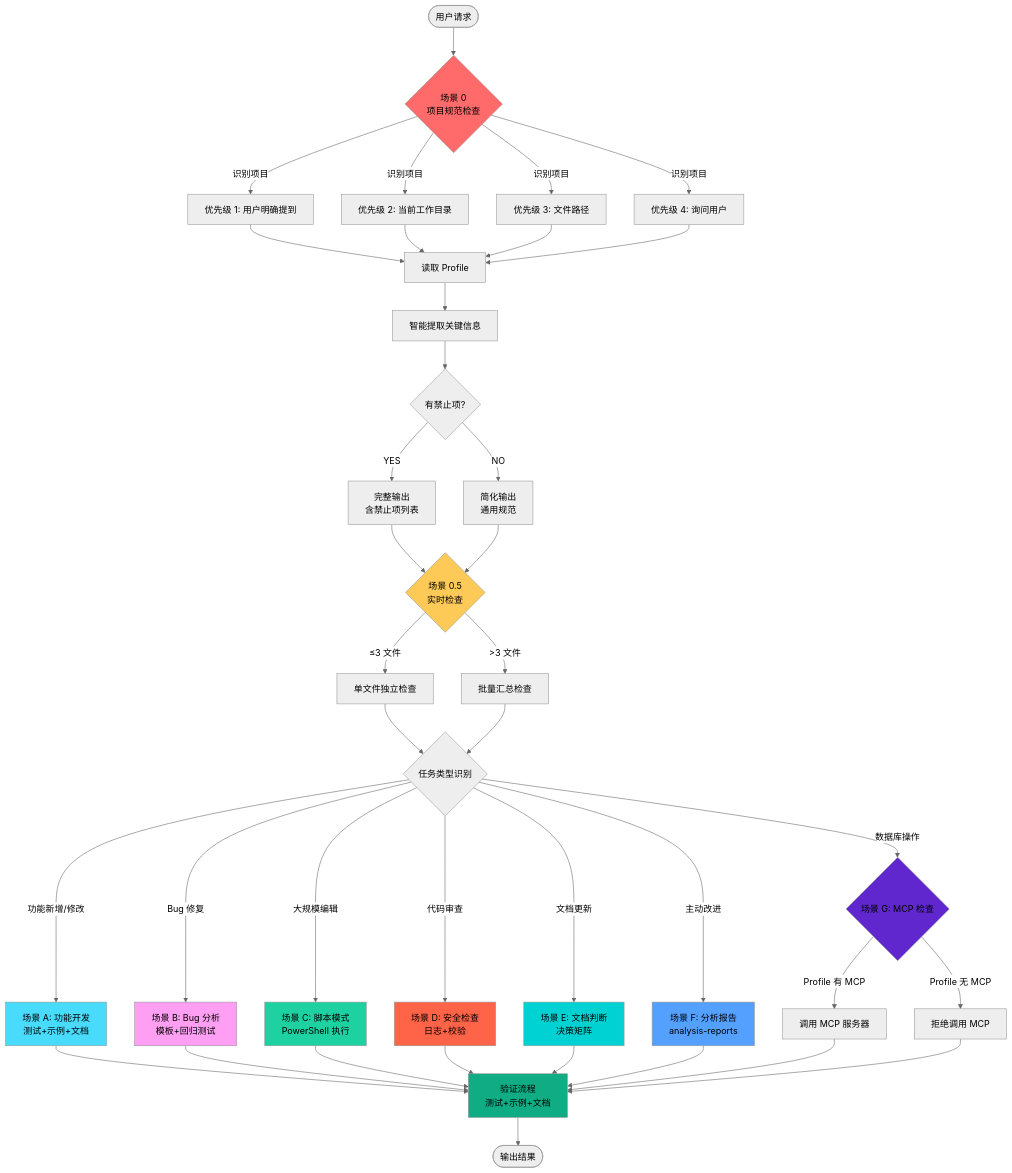
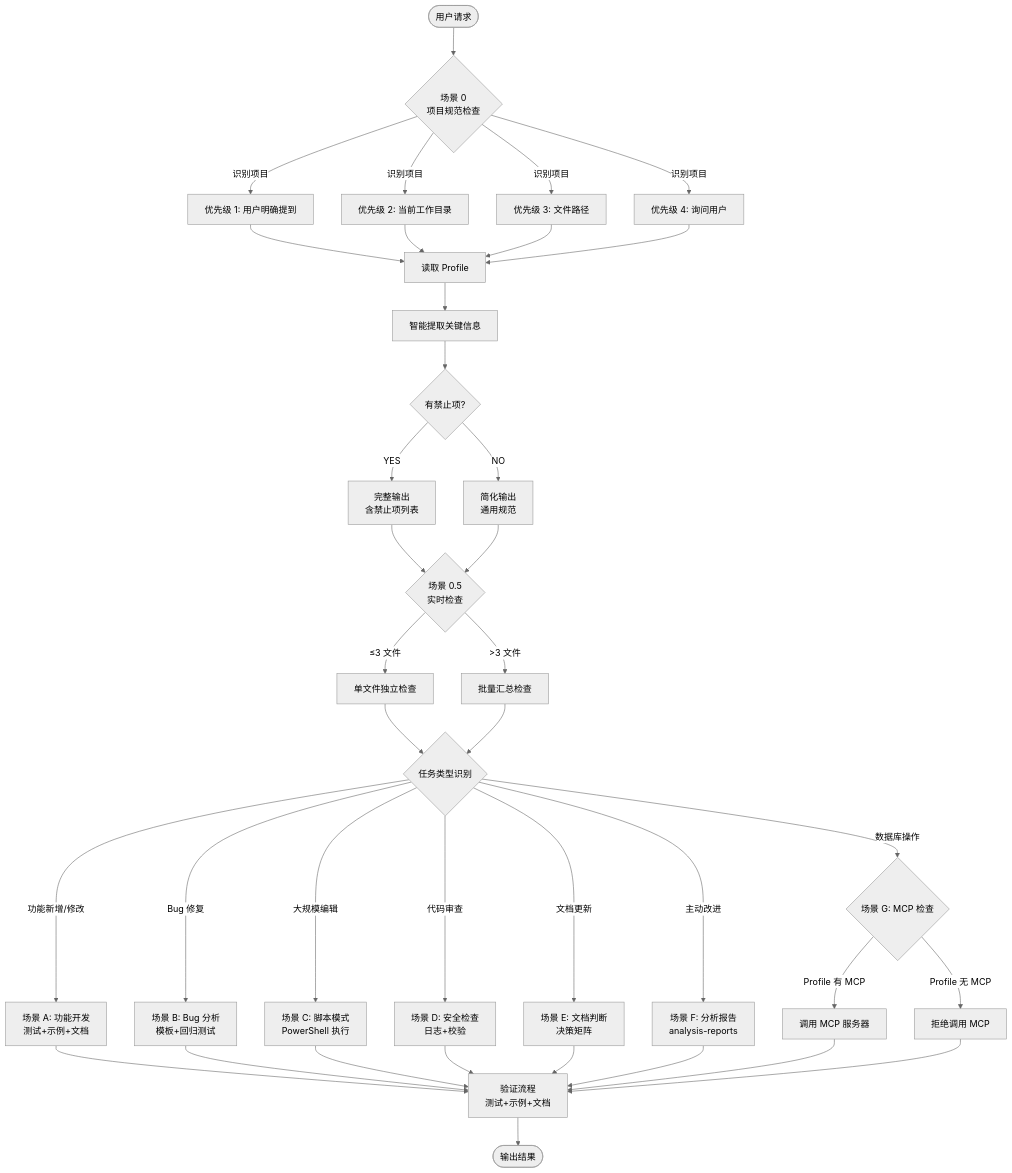
One commit to rockyshi1993/guidelines changed the first of 6 diagrams in assistant/copilot.md. Above: the diagram before and after it, drawn with Mermaid (neutral theme). The commit also changed other lines of this file, not shown here.

````diff
--- a/assistant/copilot.md
+++ b/assistant/copilot.md
@@ -79,51 +215,40 @@
 ```mermaid
 flowchart TD
     Start([用户请求]) --> Scene0{场景 0<br/>项目规范检查}
     
     Scene0 -->|识别项目| P1[优先级 1: 用户明确提到]
     Scene0 -->|识别项目| P2[优先级 2: 当前工作目录]
     Scene0 -->|识别项目| P3[优先级 3: 文件路径]
     Scene0 -->|识别项目| P4[优先级 4: 询问用户]
     
     P1 & P2 & P3 & P4 --> ReadProfile[读取 Profile]
     
     ReadProfile --> Extract[智能提取关键信息]
     Extract --> Check{有禁止项?}
     
     Check -->|YES| FullOutput[完整输出<br/>含禁止项列表]
     Check -->|NO| SimpleOutput[简化输出<br/>通用规范]
     
     FullOutput & SimpleOutput --> Scene05{场景 0.5<br/>实时检查}
     
     Scene05 -->|≤3 文件| SingleCheck[单文件独立检查]
     Scene05 -->|>3 文件| BatchCheck[批量汇总检查]
     
     SingleCheck & BatchCheck --> TaskType{任务类型识别}
     
     TaskType -->|功能新增/修改| SceneA[场景 A: 功能开发<br/>测试+示例+文档]
     TaskType -->|Bug 修复| SceneB[场景 B: Bug 分析<br/>模板+回归测试]
     TaskType -->|大规模编辑| SceneC[场景 C: 脚本模式<br/>PowerShell 执行]
     TaskType -->|代码审查| SceneD[场景 D: 安全检查<br/>日志+校验]
     TaskType -->|文档更新| SceneE[场景 E: 文档判断<br/>决策矩阵]
     TaskType -->|主动改进| SceneF[场景 F: 分析报告<br/>analysis-reports]
     TaskType -->|数据库操作| SceneG{场景 G: MCP 检查}
     
     SceneG -->|Profile 有 MCP| MCPCall[调用 MCP 服务器]
     SceneG -->|Profile 无 MCP| MCPReject[拒绝调用 MCP]
     
     SceneA & SceneB & SceneC & SceneD & SceneE & SceneF --> Verify[验证流程<br/>测试+示例+文档]
     MCPCall & MCPReject --> Verify
     
     Verify --> Output([输出结果])
-    
-    style Scene0 fill:#ff6b6b
-    style Scene05 fill:#feca57
-    style SceneA fill:#48dbfb
-    style SceneB fill:#ff9ff3
-    style SceneC fill:#1dd1a1
-    style SceneD fill:#ff6348
-    style SceneE fill:#00d2d3
-    style SceneF fill:#54a0ff
-    style SceneG fill:#5f27cd
-    style Verify fill:#10ac84
 ```
````
